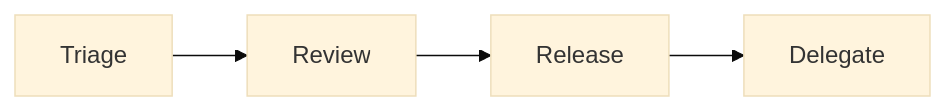
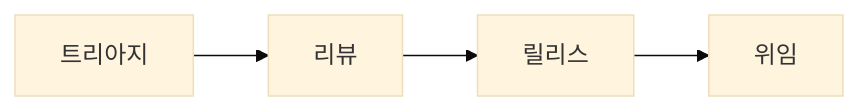
The diagram in content/open-source-101/ko/08-maintainer-role.md (yeongseon-books/book-content), drawn with Mermaid (base theme) before and after one commit. The commit also changed other lines of this file and 9 other files, not shown here.

````diff
--- a/content/open-source-101/ko/08-maintainer-role.md
+++ b/content/open-source-101/ko/08-maintainer-role.md
@@ -33,6 +47,6 @@
 ```mermaid
 flowchart LR
-    T[Triage] --> R[Review]
-    R --> Re[Release]
-    Re --> D[Delegate]
+    T[트리아지] --> R[리뷰]
+    R --> Re[릴리스]
+    Re --> D[위임]
 ```
````
